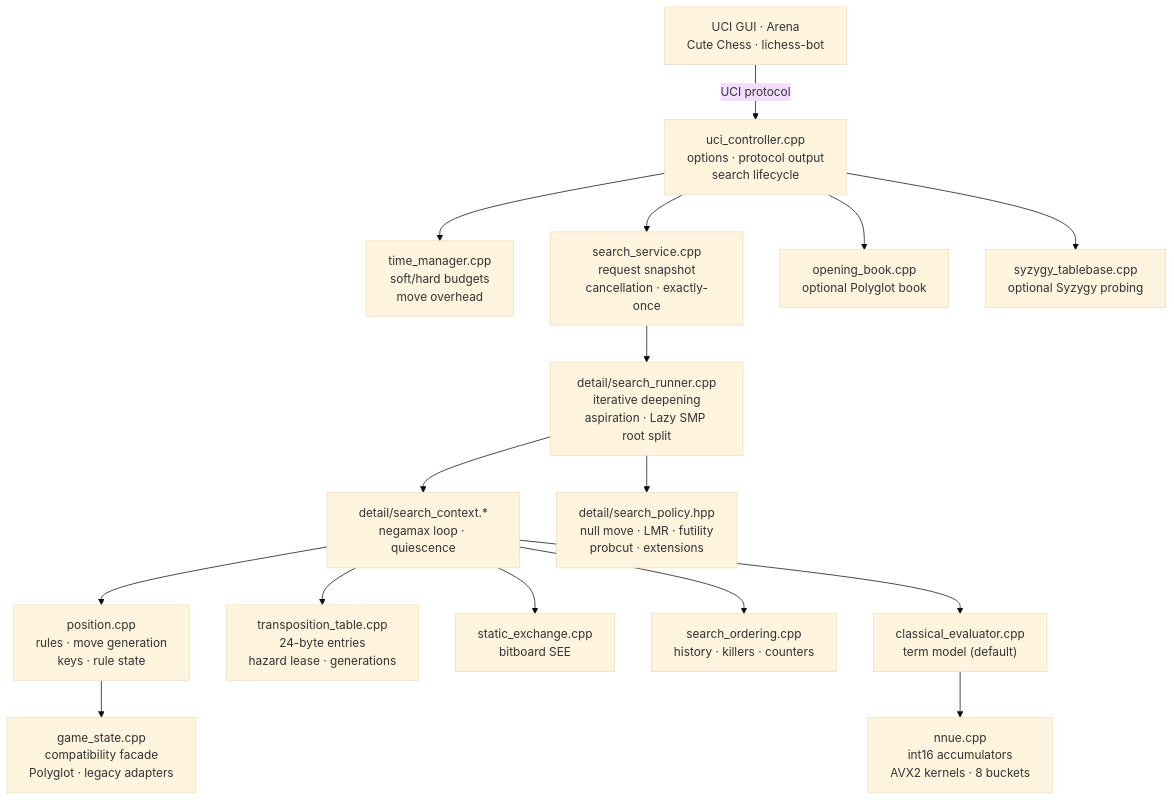
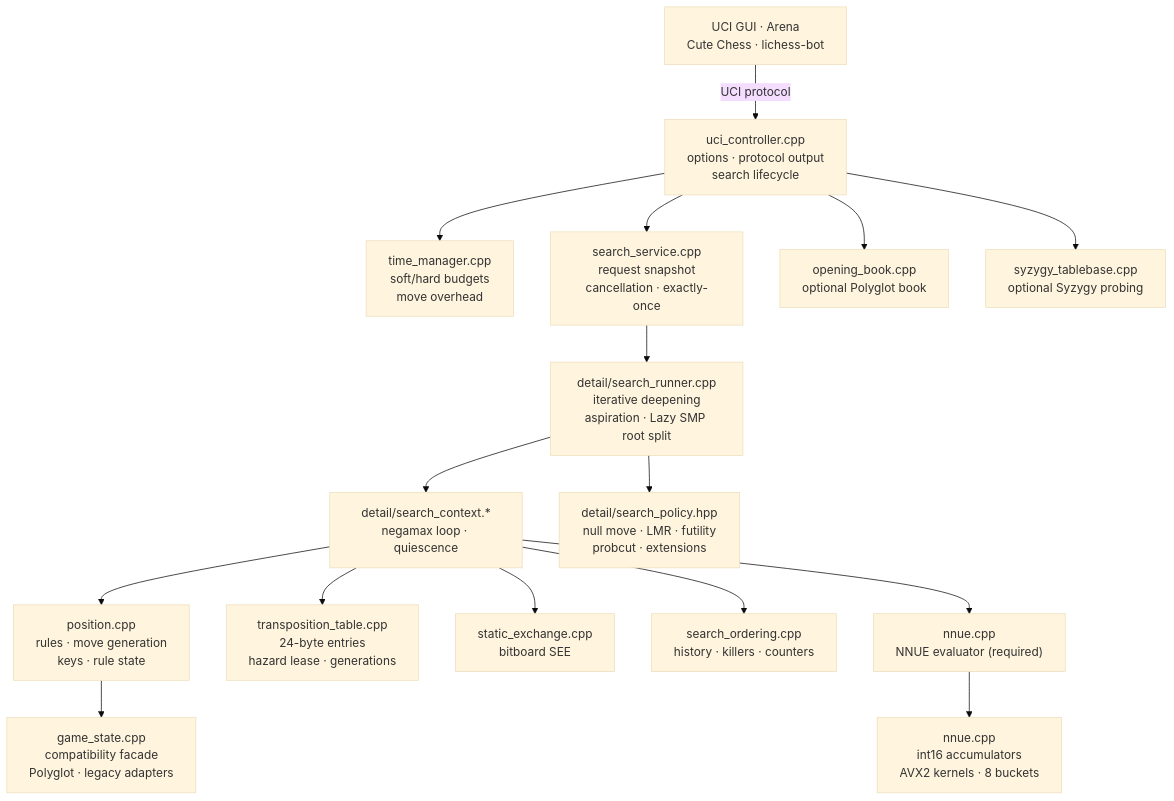
The diagram in docs/ARCHITECTURE.md (nhatquang1701/Koi), drawn with Mermaid (base theme) before and after one commit. The commit also changed other lines of this file and 18 other files, not shown here.

````diff
--- a/docs/ARCHITECTURE.md
+++ b/docs/ARCHITECTURE.md
@@ -7,19 +7,19 @@
 ```mermaid
 flowchart TD
     GUI["UCI GUI · Arena<br/>Cute Chess · lichess-bot"] -- "UCI protocol" --> UCI
     UCI["uci_controller.cpp<br/>options · protocol output<br/>search lifecycle"]
     UCI --> TIME["time_manager.cpp<br/>soft/hard budgets<br/>move overhead"]
     UCI --> SERVICE["search_service.cpp<br/>request snapshot<br/>cancellation · exactly-once"]
     SERVICE --> RUNNER["detail/search_runner.cpp<br/>iterative deepening<br/>aspiration · Lazy SMP root split"]
     RUNNER --> CONTEXT["detail/search_context.*<br/>negamax loop · quiescence"]
     RUNNER --> POLICY["detail/search_policy.hpp<br/>null move · LMR · futility<br/>probcut · extensions"]
     CONTEXT --> POSITION["position.cpp<br/>rules · move generation<br/>keys · rule state"]
     POSITION --> STATE["game_state.cpp<br/>compatibility facade<br/>Polyglot · legacy adapters"]
     CONTEXT --> TT["transposition_table.cpp<br/>24-byte entries<br/>hazard lease · generations"]
     CONTEXT --> SEE["static_exchange.cpp<br/>bitboard SEE"]
     CONTEXT --> ORDER["search_ordering.cpp<br/>history · killers · counters"]
-    CONTEXT --> EVAL["classical_evaluator.cpp<br/>term model (default)"]
+    CONTEXT --> EVAL["nnue.cpp<br/>NNUE evaluator (required)"]
     EVAL --> NNUE["nnue.cpp<br/>int16 accumulators<br/>AVX2 kernels · 8 buckets"]
     UCI --> BOOK["opening_book.cpp<br/>optional Polyglot book"]
     UCI --> TB["syzygy_tablebase.cpp<br/>optional Syzygy probing"]
 ```
````
